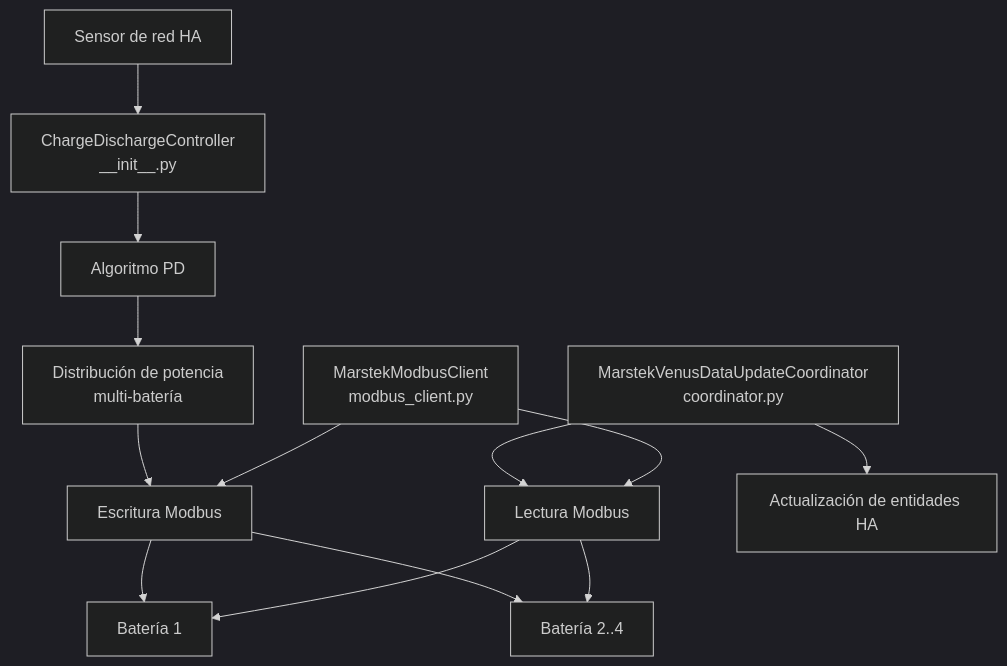
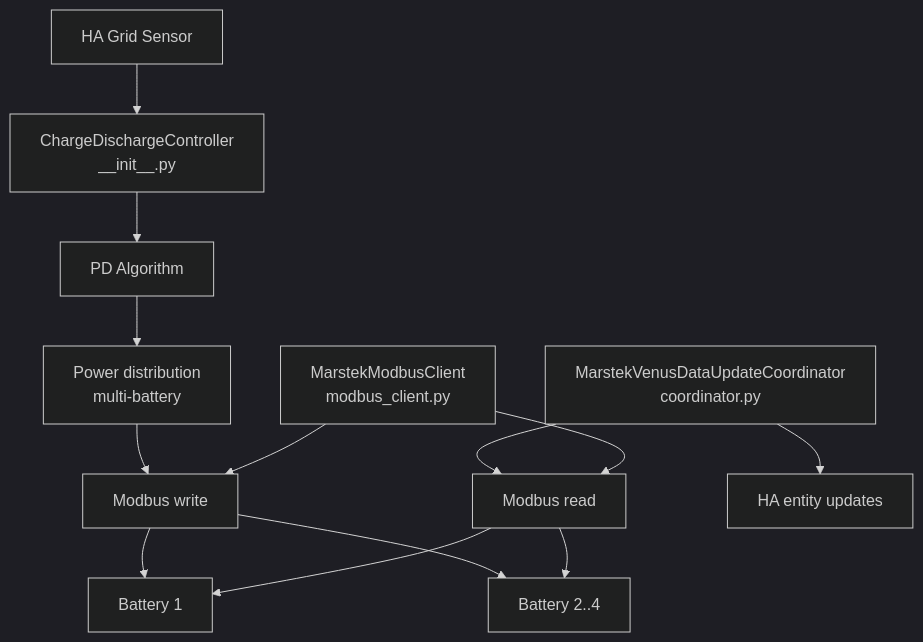
The diagram in site-docs/reference/architecture.md (ffunes/Marstek-Venus-Energy-Manager), drawn with Mermaid (dark theme) before and after one commit. The commit also changed other lines of this file and 70 other files, not shown here.

````diff
--- a/site-docs/reference/architecture.md
+++ b/site-docs/reference/architecture.md
@@ -5,17 +5,17 @@
 ```mermaid
 flowchart TD
-    GS[Sensor de red HA] --> CC[ChargeDischargeController\n__init__.py]
-    CC --> PD[Algoritmo PD]
-    PD --> DIST[Distribución de potencia\nmulti-batería]
-    DIST --> MW[Escritura Modbus]
-    MW --> BAT1[Batería 1]
-    MW --> BAT2[Batería 2..4]
+    GS[HA Grid Sensor] --> CC[ChargeDischargeController\n__init__.py]
+    CC --> PD[PD Algorithm]
+    PD --> DIST[Power distribution\nmulti-battery]
+    DIST --> MW[Modbus write]
+    MW --> BAT1[Battery 1]
+    MW --> BAT2[Battery 2..4]
 
-    COORD[MarstekVenusDataUpdateCoordinator\ncoordinator.py] --> MR[Lectura Modbus]
+    COORD[MarstekVenusDataUpdateCoordinator\ncoordinator.py] --> MR[Modbus read]
     MR --> BAT1
     MR --> BAT2
-    COORD --> EU[Actualización de entidades HA]
+    COORD --> EU[HA entity updates]
 
     MC[MarstekModbusClient\nmodbus_client.py] --> MW
     MC --> MR
 ```
````
